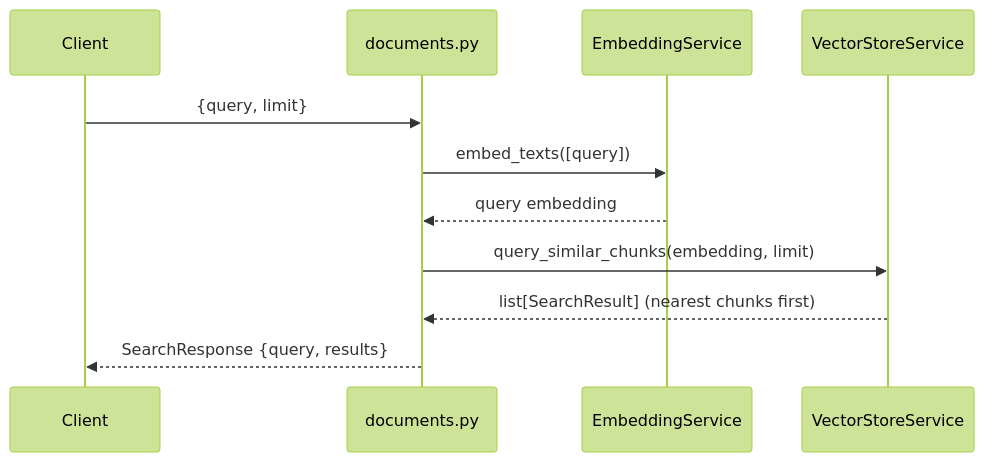
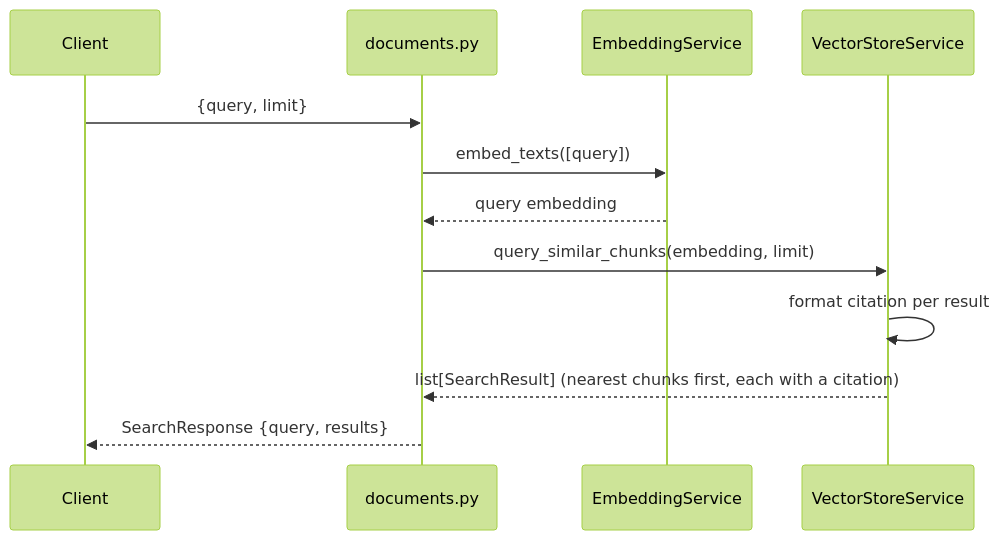
One commit to NavdeepTU/KnowledgeHub_AI changed the third of 3 diagrams in docs/ARCHITECTURE.md. Above: the diagram before and after it, drawn with Mermaid (forest theme). The commit also changed other lines of this file and 8 other files, not shown here.

````diff
--- a/docs/ARCHITECTURE.md
+++ b/docs/ARCHITECTURE.md
@@ -120,14 +120,15 @@
 ```mermaid
 sequenceDiagram
     participant Client
     participant Router as documents.py
     participant Embedder as EmbeddingService
     participant VectorStore as VectorStoreService
 
     Client->>Router: {query, limit}
     Router->>Embedder: embed_texts([query])
     Embedder-->>Router: query embedding
     Router->>VectorStore: query_similar_chunks(embedding, limit)
-    VectorStore-->>Router: list[SearchResult] (nearest chunks first)
+    VectorStore->>VectorStore: format citation per result
+    VectorStore-->>Router: list[SearchResult] (nearest chunks first, each with a citation)
     Router-->>Client: SearchResponse {query, results}
 ```
````
